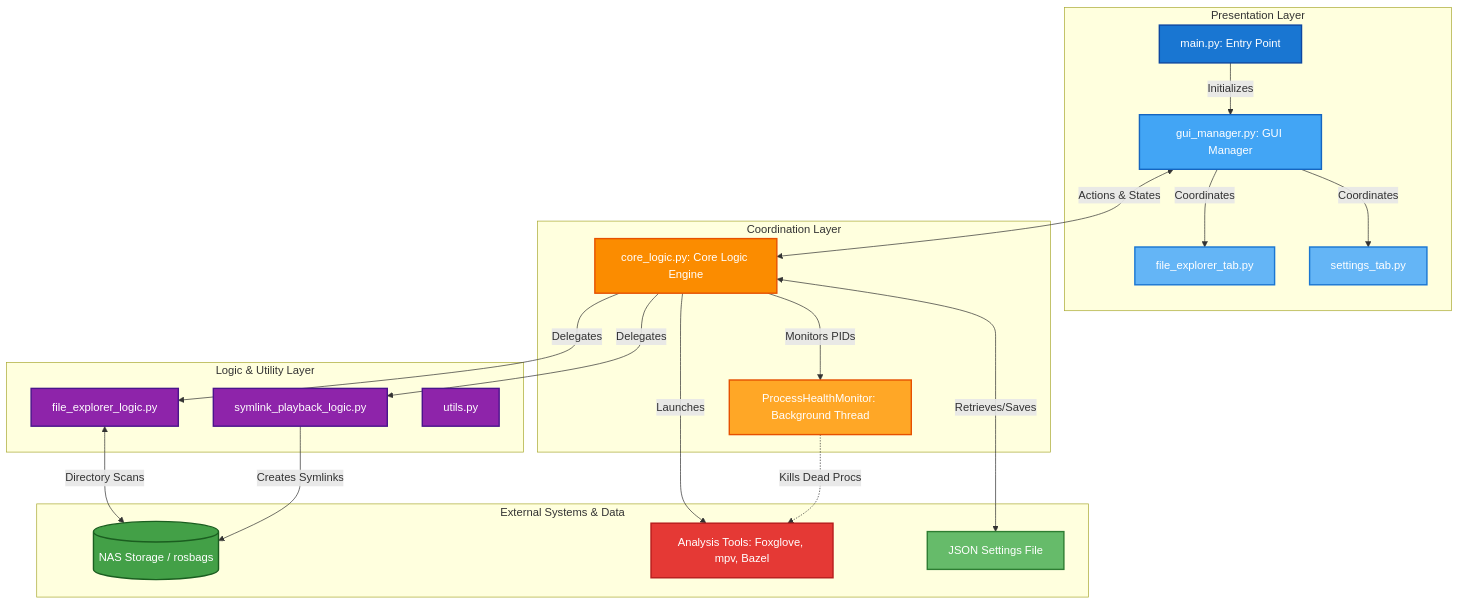
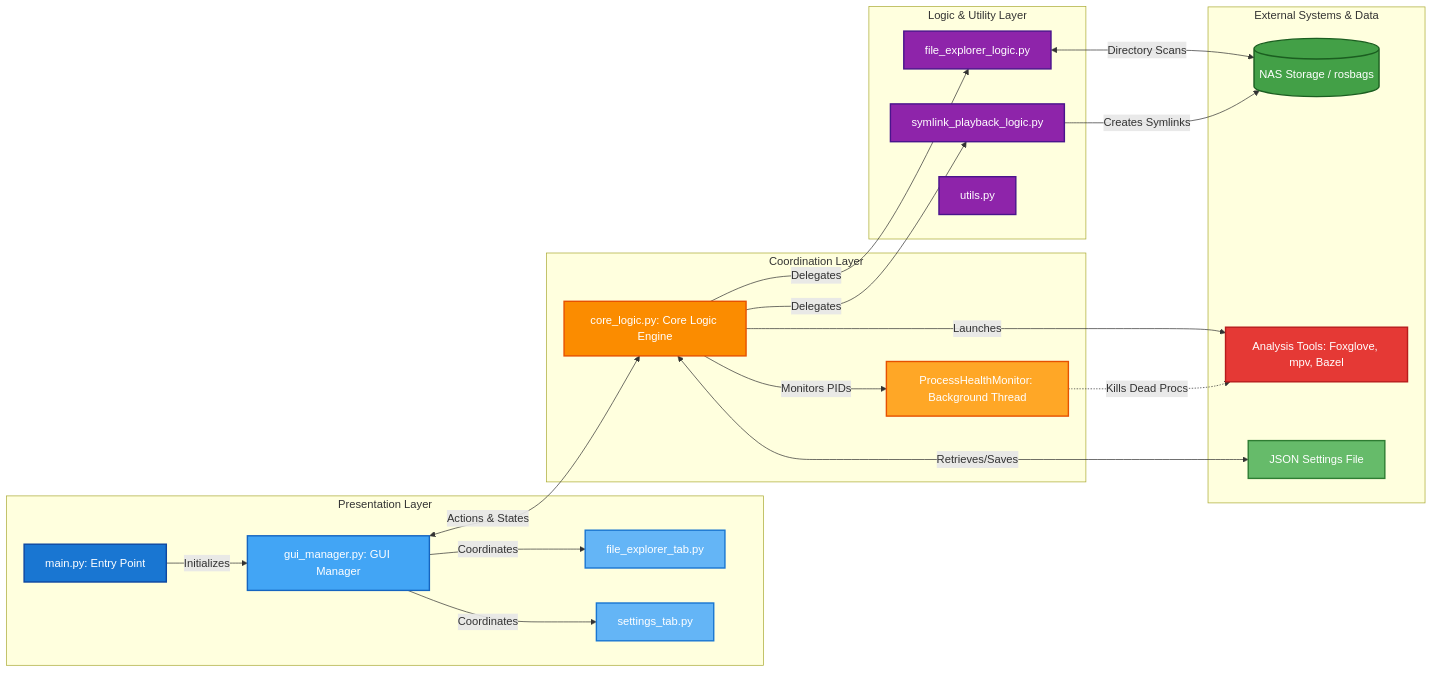
One commit to typhasze/traige-gui changed the diagram in architecture.md. Above: the diagram before and after it, drawn with Mermaid.

````diff
--- a/architecture.md
+++ b/architecture.md
@@ -1,67 +1,67 @@
 ```mermaid
-graph TD
+graph LR
     %% Layer 1: Presentation Layer (UI)
     subgraph UI_Layer [Presentation Layer]
         Main[main.py: Entry Point]
         GM[gui_manager.py: GUI Manager]
         FET[file_explorer_tab.py]
         ST[settings_tab.py]
     end
 
     %% Layer 2: Orchestration Layer (Core)
     subgraph Core_Layer [Coordination Layer]
         CL[core_logic.py: Core Logic Engine]
         PHM[ProcessHealthMonitor: Background Thread]
     end
 
     %% Layer 3: Logic & Utility Layer (Back-end)
     subgraph Logic_Layer [Logic & Utility Layer]
         FEL[file_explorer_logic.py]
         SPL[symlink_playback_logic.py]
         UTL[utils.py]
     end
 
     %% Layer 4: External Systems
     subgraph External_Systems [External Systems & Data]
         NAS[(NAS Storage / rosbags)]
         Tools[Analysis Tools: Foxglove, mpv, Bazel]
         Config[JSON Settings File]
     end
 
     %% Relationships and Data Flow
     Main -->|Initializes| GM
     GM -->|Coordinates| FET
     GM -->|Coordinates| ST
     GM <-->|Actions & States| CL
 
     CL <-->|Retrieves/Saves| Config
     CL -->|Delegates| FEL
     CL -->|Delegates| SPL
     CL -->|Monitors PIDs| PHM
 
     FEL <-->|Directory Scans| NAS
     SPL -->|Creates Symlinks| NAS
     CL -->|Launches| Tools
     PHM -.->|Kills Dead Procs| Tools
 
     %% Color Coding for Individual Boxes
     %% Presentation Layer - Blue shades
     style Main fill:#1976D2,stroke:#0D47A1,stroke-width:2px,color:#fff
     style GM fill:#42A5F5,stroke:#1565C0,stroke-width:2px,color:#fff
     style FET fill:#64B5F6,stroke:#1976D2,stroke-width:2px,color:#fff
     style ST fill:#64B5F6,stroke:#1976D2,stroke-width:2px,color:#fff
 
     %% Coordination Layer - Orange/Yellow shades
     style CL fill:#FB8C00,stroke:#E65100,stroke-width:2px,color:#fff
     style PHM fill:#FFA726,stroke:#E65100,stroke-width:2px,color:#fff
 
     %% Logic & Utility Layer - Purple shades
     style FEL fill:#8E24AA,stroke:#4A148C,stroke-width:2px,color:#fff
     style SPL fill:#8E24AA,stroke:#4A148C,stroke-width:2px,color:#fff
     style UTL fill:#8E24AA,stroke:#4A148C,stroke-width:2px,color:#fff
 
     %% External Systems - Red/Green shades
     style NAS fill:#43A047,stroke:#1B5E20,stroke-width:2px,color:#fff
     style Tools fill:#E53935,stroke:#B71C1C,stroke-width:2px,color:#fff
     style Config fill:#66BB6A,stroke:#2E7D32,stroke-width:2px,color:#fff
 ```
````
